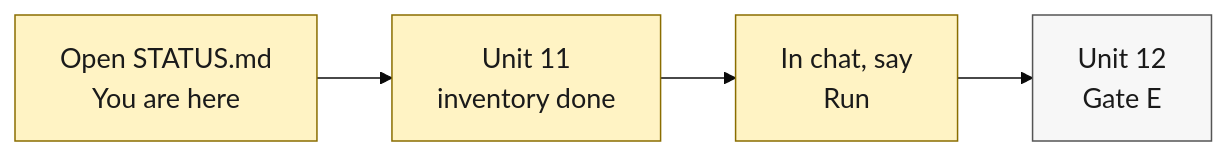
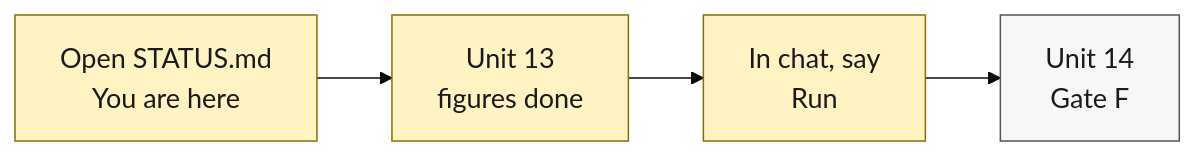
The diagram in docs/diagrams/what-to-run.mmd (cauld/scendo), drawn with Mermaid before and after one commit. The commit also changed 20 other files, not shown here.

Commit message:
Record Units 12–13: expansion ECS-state tables (Gate E pass) and display-only stromal figures.

```diff
--- a/docs/diagrams/what-to-run.mmd
+++ b/docs/diagrams/what-to-run.mmd
@@ -1,10 +1,10 @@
 %%{init: {"theme": "base", "themeVariables": {"fontSize": "18px", "fontFamily": "Helvetica, Arial, sans-serif"}} }%%
 flowchart LR
-  A["Open STATUS.md<br/>You are here"] --> B["Unit 11<br/>inventory done"]
+  A["Open STATUS.md<br/>You are here"] --> B["Unit 13<br/>figures done"]
   B --> C["In chat, say<br/>Run"]
-  C --> D["Unit 12<br/>Gate E"]
+  C --> D["Unit 14<br/>Gate F"]
 
   classDef now fill:#FFF3C4,stroke:#8A6D00,color:#1A1A1A
   classDef step fill:#F7F7F7,stroke:#555555,color:#1A1A1A
   class A,B,C now
   class D step
```
